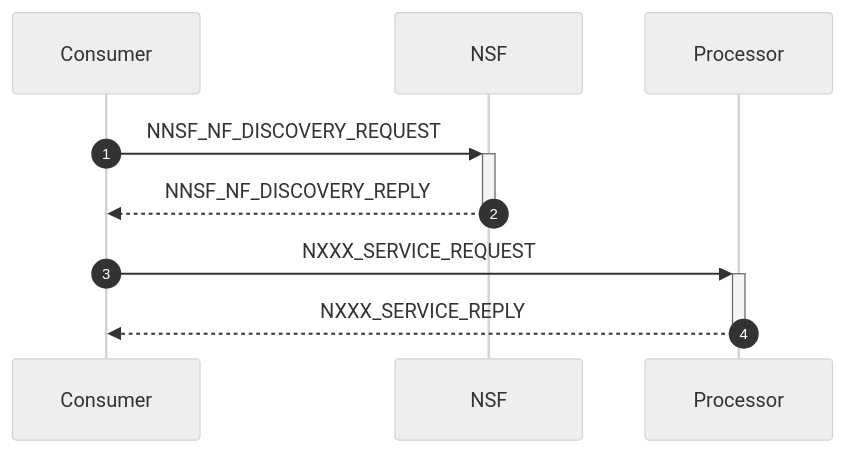
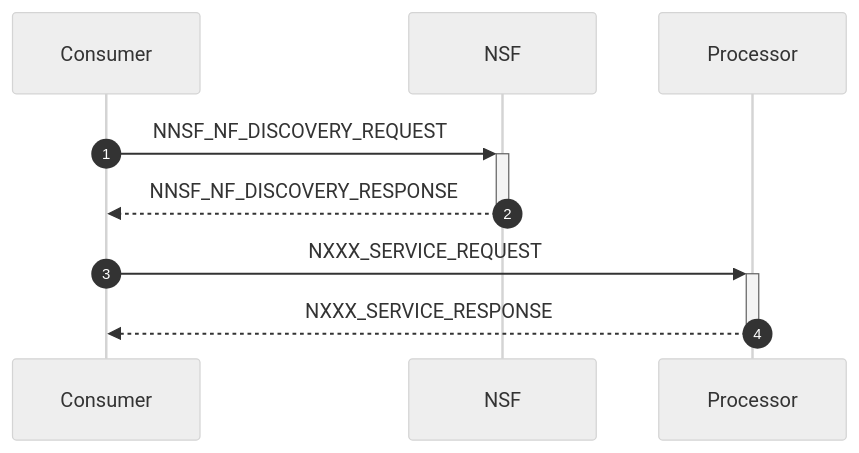
One commit to veil-link/veilink changed the fifth of 21 diagrams in doc/doc-spec/00-series-general/00.002-procedure.md. Above: the diagram before and after it, drawn with Mermaid (neutral theme). The commit also changed other lines of this file, not shown here.

Commit message:
chore: update reply to response

````diff
--- a/doc/doc-spec/00-series-general/00.002-procedure.md
+++ b/doc/doc-spec/00-series-general/00.002-procedure.md
@@ -115,12 +115,12 @@
 ```mermaid
 sequenceDiagram
     autonumber
     participant con as Consumer
     participant nsf as NSF
     participant pro as Processor
 
     con ->>+ nsf: NNSF_NF_DISCOVERY_REQUEST
-    nsf -->>- con: NNSF_NF_DISCOVERY_REPLY
+    nsf -->>- con: NNSF_NF_DISCOVERY_RESPONSE
     con ->>+ pro: NXXX_SERVICE_REQUEST
-    pro -->>- con: NXXX_SERVICE_REPLY
+    pro -->>- con: NXXX_SERVICE_RESPONSE
 ```
````
